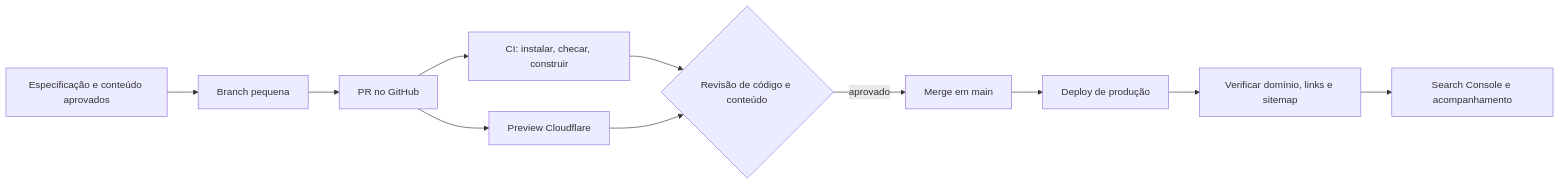
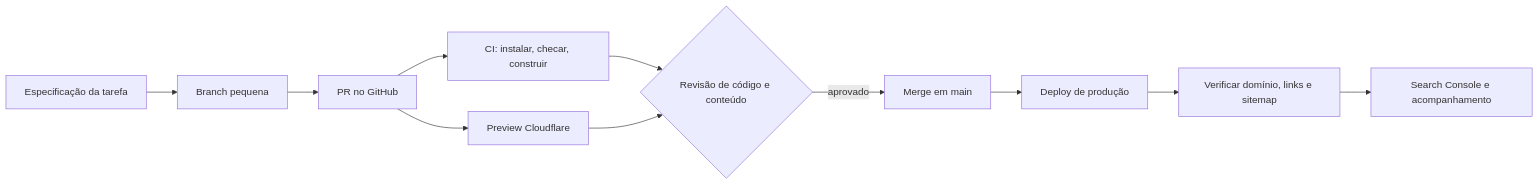
Before and after one commit to Isaac1544/site-soraia: the diagram in docs/ci-cd-guia.md, drawn with Mermaid. The commit also changed other lines of this file and 9 other files, not shown here.

````diff
--- a/docs/ci-cd-guia.md
+++ b/docs/ci-cd-guia.md
@@ -16,13 +16,13 @@
 ```mermaid
 flowchart LR
-  A[Especificação e conteúdo aprovados] --> B[Branch pequena]
+  A[Especificação da tarefa] --> B[Branch pequena]
   B --> C[PR no GitHub]
   C --> D[CI: instalar, checar, construir]
   C --> E[Preview Cloudflare]
   D --> F{Revisão de código e conteúdo}
   E --> F
   F -->|aprovado| G[Merge em main]
   G --> H[Deploy de produção]
   H --> I[Verificar domínio, links e sitemap]
   I --> J[Search Console e acompanhamento]
 ```
````
